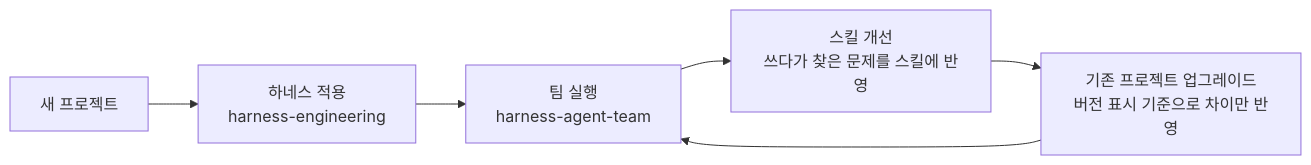
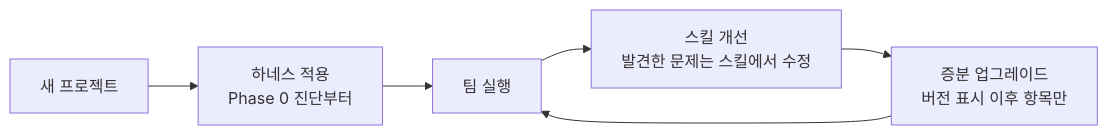
Before and after one commit to krime1004/claude-harness-skills: the fourth of 4 diagrams in README.md, drawn with Mermaid. The commit also changed other lines of this file and 2 other files, not shown here.

````diff
--- a/README.md
+++ b/README.md
@@ -23,8 +175,8 @@
 ```mermaid
 flowchart LR
-    A[새 프로젝트] --> B[하네스 적용<br/>harness-engineering]
-    B --> C[팀 실행<br/>harness-agent-team]
-    C --> D[스킬 개선<br/>쓰다가 찾은 문제를 스킬에 반영]
-    D --> E[기존 프로젝트 업그레이드<br/>버전 표시 기준으로 차이만 반영]
+    A["새 프로젝트"] --> B["하네스 적용<br/>Phase 0 진단부터"]
+    B --> C["팀 실행"]
+    C --> D["스킬 개선<br/>발견한 문제는 스킬에서 수정"]
+    D --> E["증분 업그레이드<br/>버전 표시 이후 항목만"]
     E --> C
 ```
````
